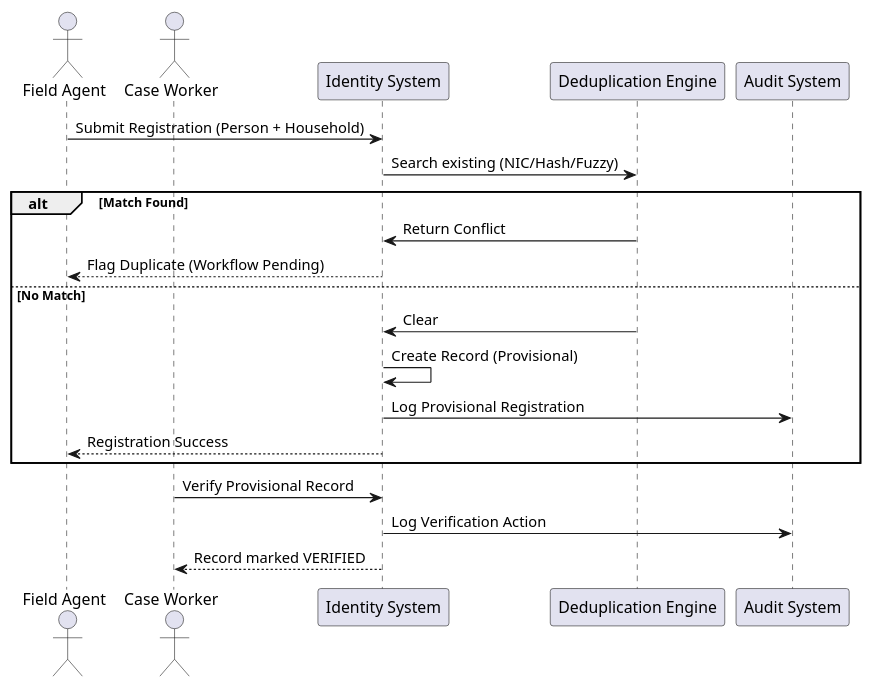
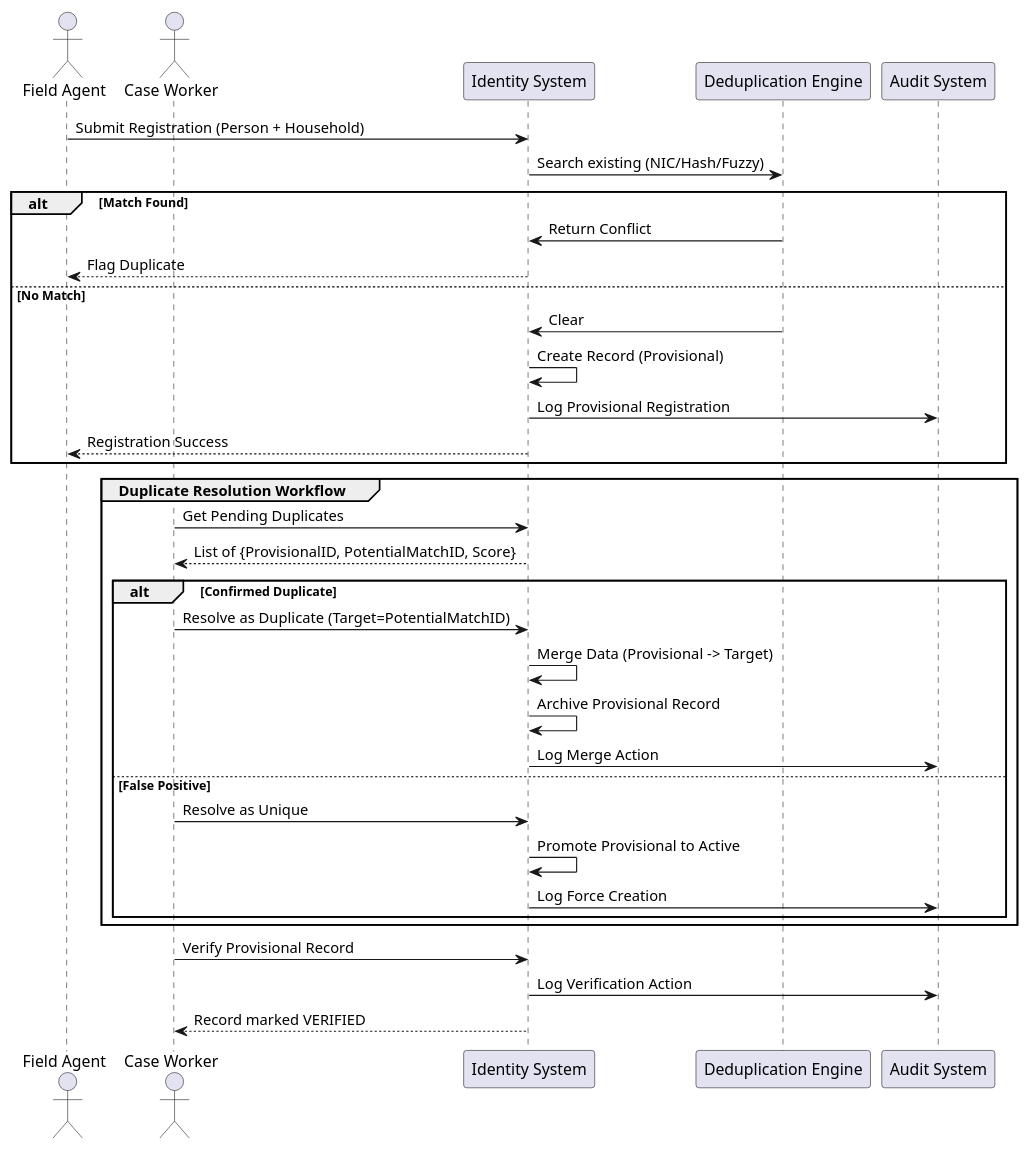
One commit to nisalatp/scp-spec changed the diagram in Docs/System/Identity/diagrams/sequences.puml. Above: the diagram before and after it, drawn with PlantUML. The commit also changed 7 other files, not shown here.

```diff
--- a/Docs/System/Identity/diagrams/sequences.puml
+++ b/Docs/System/Identity/diagrams/sequences.puml
@@ -1,25 +1,41 @@
 @startuml registration-linking-sequence
 actor "Field Agent" as FA
 actor "Case Worker" as CW
 participant "Identity System" as IS
 participant "Deduplication Engine" as DE
 participant "Audit System" as AS
 
 FA -> IS : Submit Registration (Person + Household)
 IS -> DE : Search existing (NIC/Hash/Fuzzy)
 
 alt Match Found
   DE -> IS : Return Conflict
-  IS --> FA : Flag Duplicate (Workflow Pending)
+  IS --> FA : Flag Duplicate 
 else No Match
   DE -> IS : Clear
   IS -> IS : Create Record (Provisional)
   IS -> AS : Log Provisional Registration
   IS --> FA : Registration Success
 end
 
+group Duplicate Resolution Workflow
+    CW -> IS : Get Pending Duplicates
+    IS --> CW : List of {ProvisionalID, PotentialMatchID, Score}
+    
+    alt Confirmed Duplicate
+        CW -> IS : Resolve as Duplicate (Target=PotentialMatchID)
+        IS -> IS : Merge Data (Provisional -> Target)
+        IS -> IS : Archive Provisional Record
+        IS -> AS : Log Merge Action
+    else False Positive
+        CW -> IS : Resolve as Unique
+        IS -> IS : Promote Provisional to Active
+        IS -> AS : Log Force Creation
+    end
+end
+
 CW -> IS : Verify Provisional Record
 IS -> AS : Log Verification Action
 IS --> CW : Record marked VERIFIED
 
 @enduml
```
